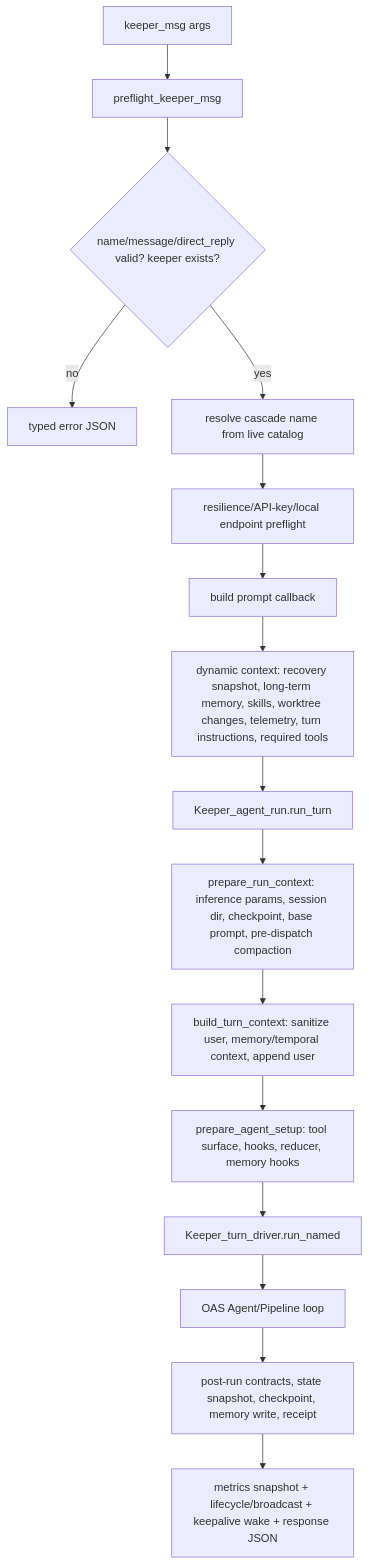
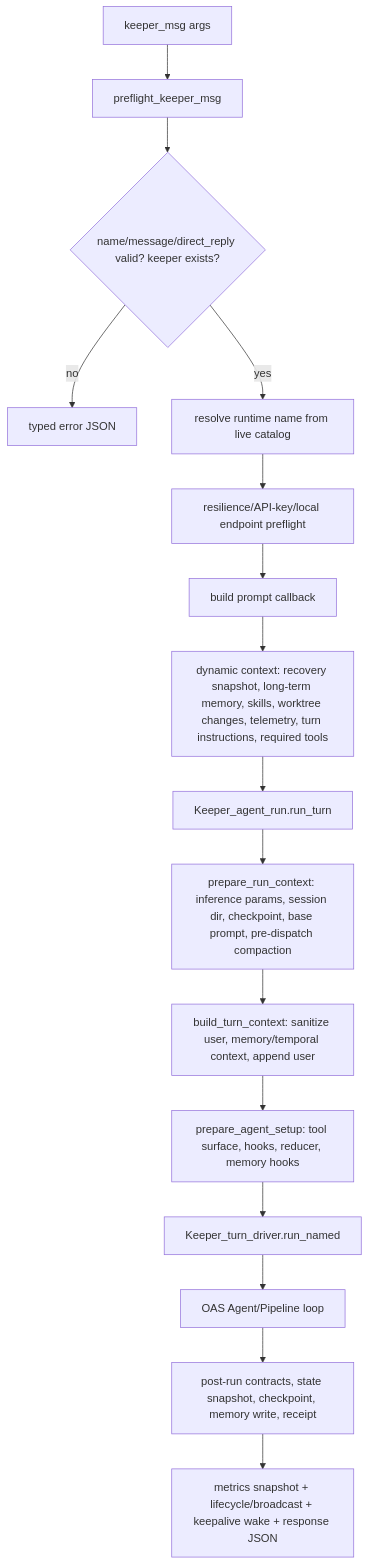
Before and after one commit to jeong-sik/masc: the third of 5 diagrams in docs/keeper-turn-lifecycle.md, drawn with Mermaid. The commit also changed other lines of this file and 1195 other files, not shown here.

````diff
--- a/docs/keeper-turn-lifecycle.md
+++ b/docs/keeper-turn-lifecycle.md
@@ -87,18 +87,18 @@
 ```mermaid
 flowchart TD
     A[keeper_msg args] --> B[preflight_keeper_msg]
     B --> C{name/message/direct_reply valid? keeper exists?}
     C -- no --> X[typed error JSON]
-    C -- yes --> D[resolve cascade name from live catalog]
+    C -- yes --> D[resolve runtime name from live catalog]
     D --> E[resilience/API-key/local endpoint preflight]
     E --> F[build prompt callback]
     F --> G[dynamic context: recovery snapshot, long-term memory, skills, worktree changes, telemetry, turn instructions, required tools]
     G --> H[Keeper_agent_run.run_turn]
     H --> I[prepare_run_context: inference params, session dir, checkpoint, base prompt, pre-dispatch compaction]
     I --> J[build_turn_context: sanitize user, memory/temporal context, append user]
     J --> K[prepare_agent_setup: tool surface, hooks, reducer, memory hooks]
     K --> L[Keeper_turn_driver.run_named]
     L --> M[OAS Agent/Pipeline loop]
     M --> N[post-run contracts, state snapshot, checkpoint, memory write, receipt]
     N --> O[metrics snapshot + lifecycle/broadcast + keepalive wake + response JSON]
 ```
````
